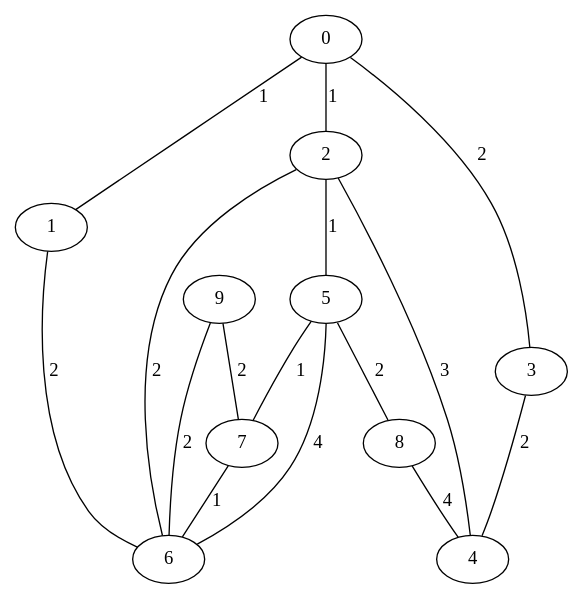
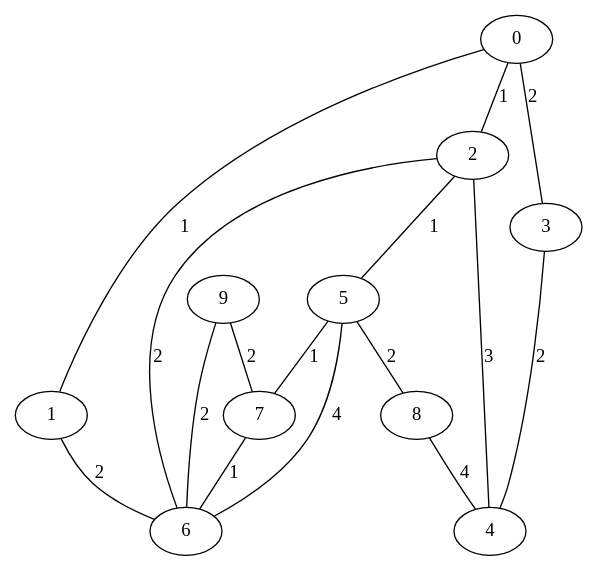
One commit to lebionick/GraphEdit changed the diagram in GraphesLabWork3/output2.gv. Above: the diagram before and after it, drawn with Graphviz. The commit also changed 17 other files, not shown here.

```diff
--- a/GraphesLabWork3/output2.gv
+++ b/GraphesLabWork3/output2.gv
@@ -1,17 +1,17 @@
 graph{
-0 -- 1[label="1"];
-0 -- 2[label="1"];
-0 -- 3[label="2"];
-1 -- 6[label="2"];
-2 -- 6[label="2"];
-2 -- 5[label="1"];
-2 -- 4[label="3"];
-5 -- 6[label="4"];
-5 -- 7[label="1"];
-5 -- 8[label="2"];
-8 -- 4[label="4"];
-9 -- 6[label="2"];
-9 -- 7[label="2"];
-3 -- 4[label="2"];
-7 -- 6[label="1"];
+0 -- 1[label="1",weight="1"];
+0 -- 2[label="1",weight="1"];
+0 -- 3[label="2",weight="2"];
+1 -- 6[label="2",weight="2"];
+2 -- 6[label="2",weight="2"];
+2 -- 5[label="1",weight="1"];
+2 -- 4[label="3",weight="3"];
+5 -- 6[label="4",weight="4"];
+5 -- 7[label="1",weight="1"];
+5 -- 8[label="2",weight="2"];
+8 -- 4[label="4",weight="4"];
+9 -- 6[label="2",weight="2"];
+9 -- 7[label="2",weight="2"];
+3 -- 4[label="2",weight="2"];
+7 -- 6[label="1",weight="1"];
 }
```
